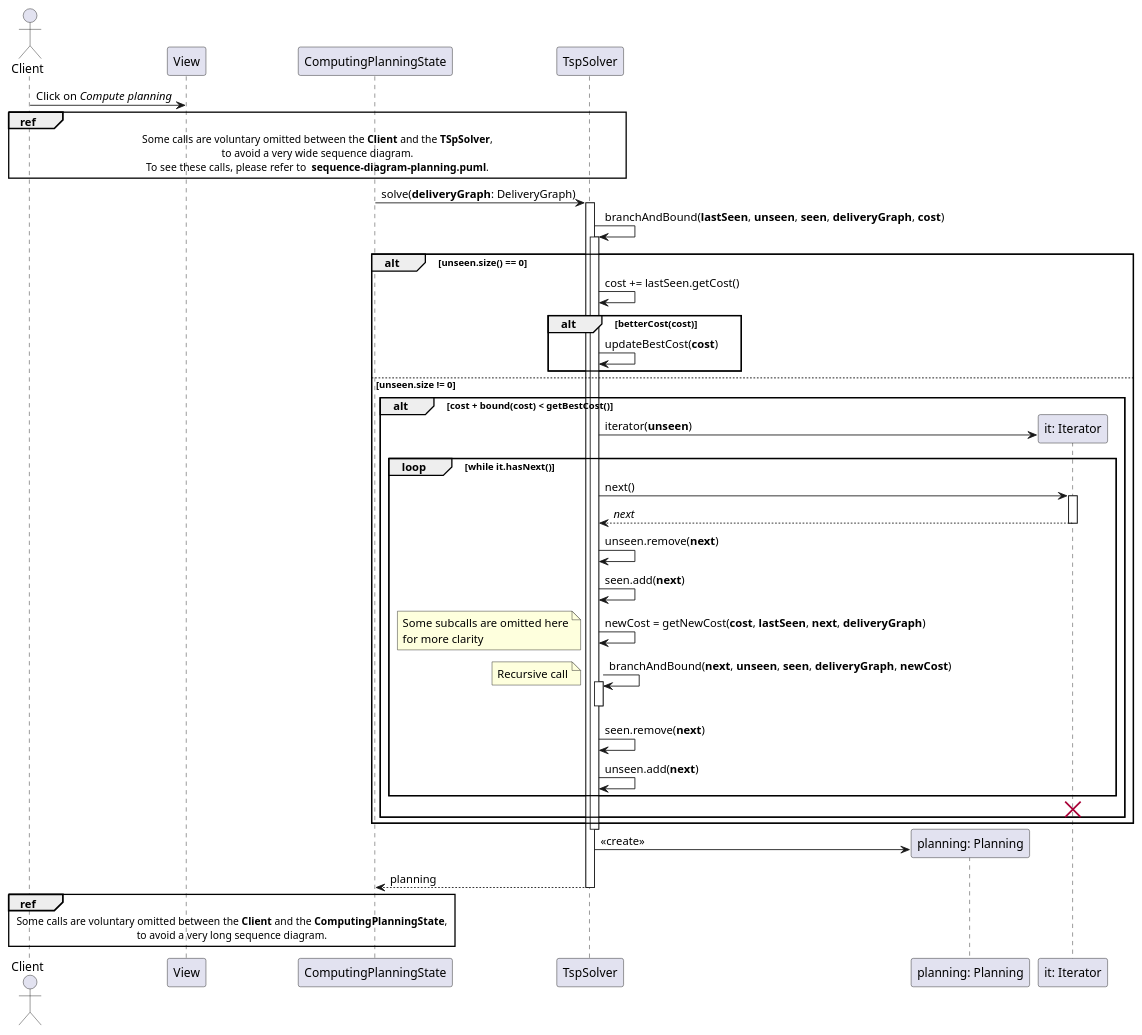
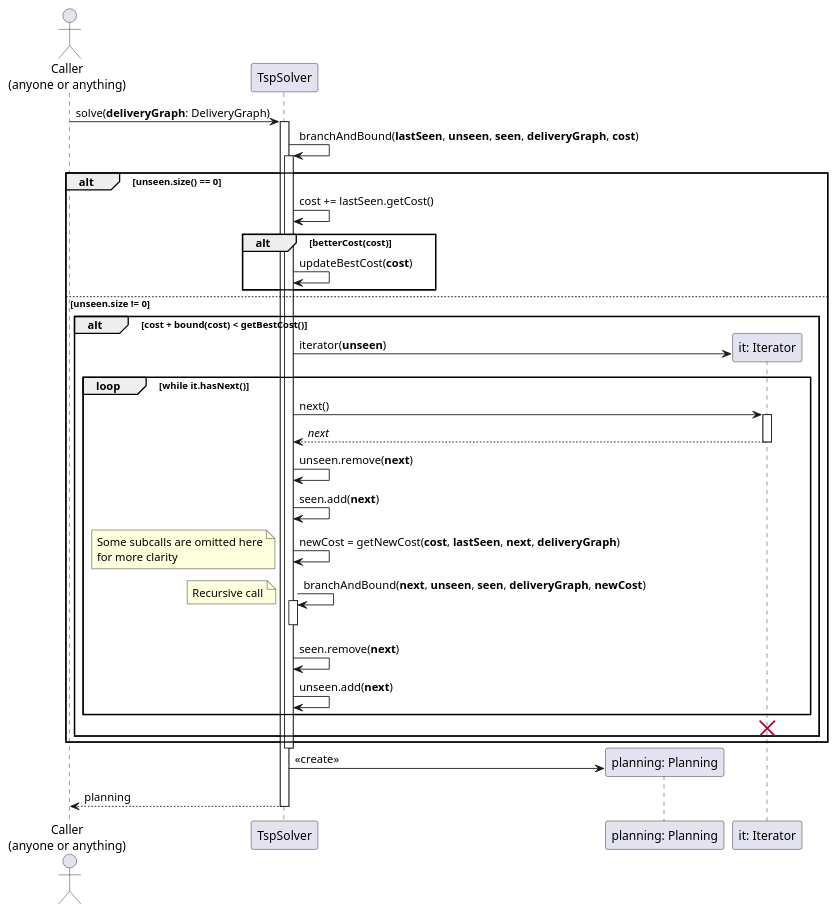
One commit to if-h4102/pld-agile changed the diagram in docs/uml/sequence-diagram-tsp.puml. Above: the diagram before and after it, drawn with PlantUML.

Commit message:
tsp sequence diagram now focuses on TSP algorithm

```diff
--- a/docs/uml/sequence-diagram-tsp.puml
+++ b/docs/uml/sequence-diagram-tsp.puml
@@ -1,71 +1,56 @@
 @startuml
-actor Client as C
-participant View as V
-participant ComputingPlanningState as CPS
+actor "Caller\n(anyone or anything)" as CPS
 participant TspSolver as TSP
 participant "planning: Planning" as Pl
 participant "it: Iterator" as it
-
-C -> V : Click on //Compute planning//
-
-ref over C, TSP
-    Some calls are voluntary omitted between the **Client** and the **TSpSolver**,
-    to avoid a very wide sequence diagram.
-    To see these calls, please refer to  **sequence-diagram-planning.puml**.
-end ref
 
 CPS -> TSP : solve(**deliveryGraph**: DeliveryGraph)
 activate TSP
 
     TSP -> TSP : branchAndBound(**lastSeen**, **unseen**, **seen**, **deliveryGraph**, **cost**)
     activate TSP
 
         alt unseen.size() == 0
             TSP -> TSP : cost += lastSeen.getCost()
             alt betterCost(**cost**)
                 TSP -> TSP : updateBestCost(**cost**)
             end
         else unseen.size != 0
             alt cost + bound(cost) < getBestCost()
                 create it
                 TSP -> it : iterator(**unseen**)
                 loop while it.hasNext()
                     TSP -> it : next()
                     activate it
                     TSP <-- it : //next//
                     deactivate it
                     TSP -> TSP : unseen.remove(**next**)
                     TSP -> TSP : seen.add(**next**)
                     TSP -> TSP : newCost = getNewCost(**cost**, **lastSeen**, **next**, **deliveryGraph**)
                     note left
                         Some subcalls are omitted here
                         for more clarity
                     end note
                     TSP -> TSP : branchAndBound(**next**, **unseen**, **seen**, **deliveryGraph**, **newCost**)
                     activate TSP
                         note left : Recursive call
                     deactivate TSP
                     TSP -> TSP : seen.remove(**next**)
                     TSP -> TSP : unseen.add(**next**)
                 end
                 destroy it
             end
 
 
         end
 
     deactivate TSP
 
     create Pl
     TSP -> Pl : <<create>>
 
     CPS <-- TSP : planning
 
 deactivate TSP
 
-ref over C, CPS
-    Some calls are voluntary omitted between the **Client** and the **ComputingPlanningState**,
-    to avoid a very long sequence diagram.
-end ref
-
 @enduml
```
